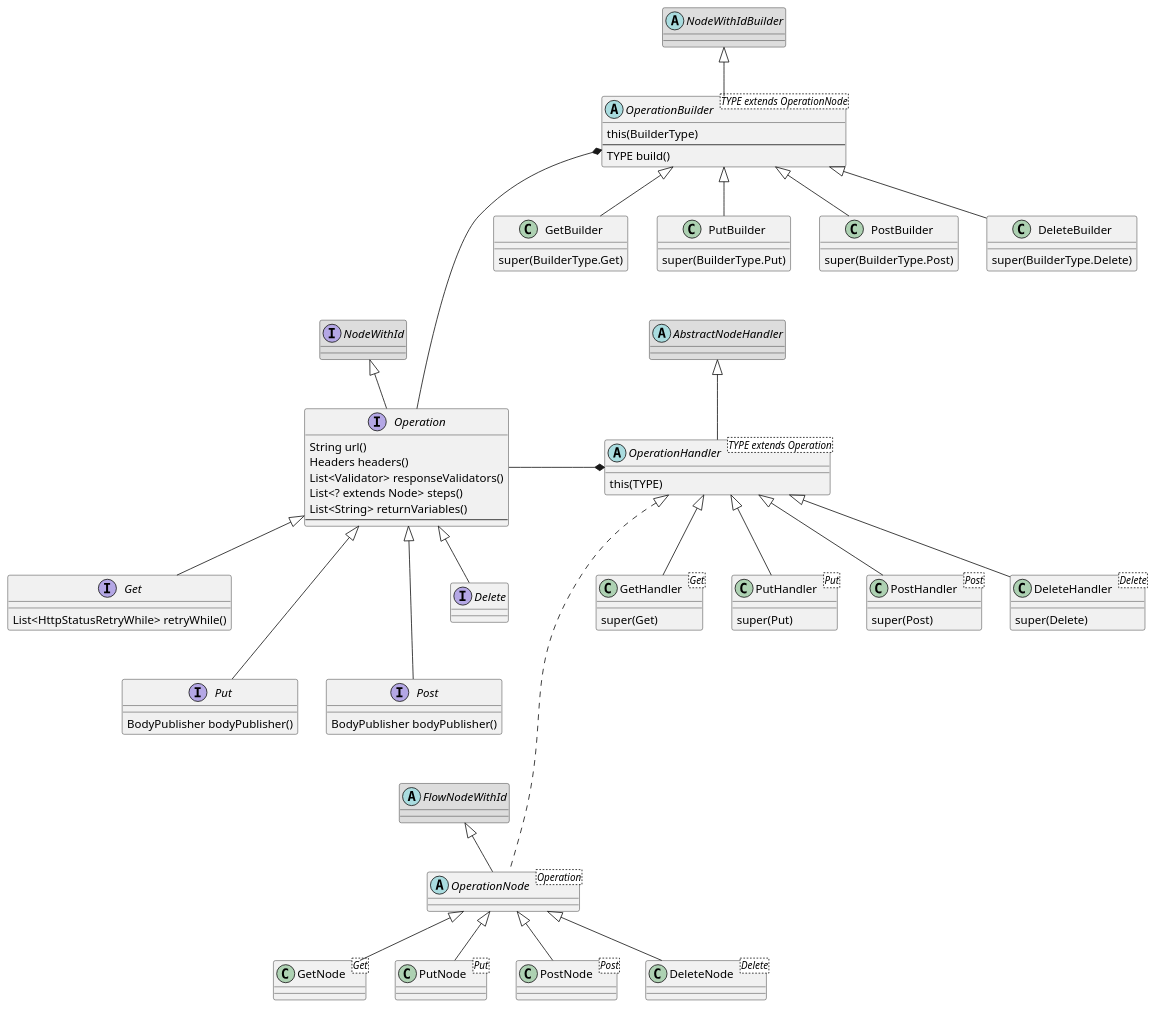
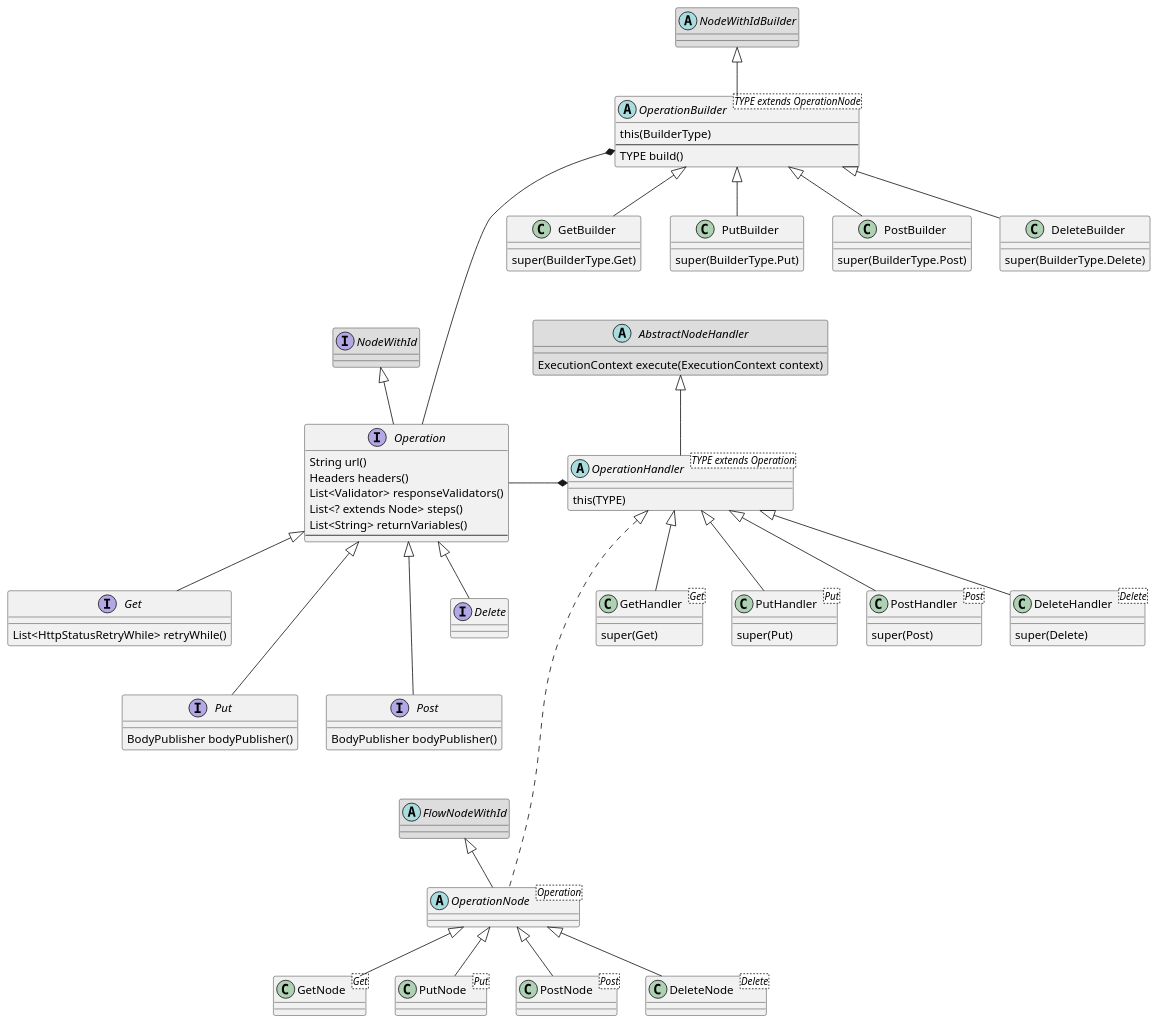
Before and after one commit to descoped/data-collector-documentation: the diagram in docs/puml/http-builder-class-diagram.puml, drawn with PlantUML. The commit also changed 2 other files, not shown here.

Commit message:
Updated DSL diagrams

```diff
--- a/docs/puml/http-builder-class-diagram.puml
+++ b/docs/puml/http-builder-class-diagram.puml
@@ -1,86 +1,88 @@
 @startuml
 
 interface NodeWithId #DDD
 interface Operation extends NodeWithId {
     String url()
     Headers headers()
     List<Validator> responseValidators()
     List<? extends Node> steps()
     List<String> returnVariables()
     --
 }
 interface Get {
     List<HttpStatusRetryWhile> retryWhile()
 }
 interface Put {
     BodyPublisher bodyPublisher()
 }
 interface Post {
     BodyPublisher bodyPublisher()
 }
 interface Delete {
 }
 
 Operation <|-- Get
 Operation <|--- Put
 Operation <|--- Post
 Operation <|-- Delete
 
 abstract class FlowNodeWithId #DDD
 abstract class OperationNode <Operation>
 class GetNode <Get> extends OperationNode
 class PutNode <Put> extends OperationNode
 class PostNode <Post> extends OperationNode
 class DeleteNode <Delete> extends OperationNode
 
 FlowNodeWithId <|-- OperationNode
 
 abstract class NodeWithIdBuilder #DDD
 abstract class OperationBuilder<TYPE extends OperationNode> {
     this(BuilderType)
     --
     TYPE build()
 }
 class GetBuilder {
     super(BuilderType.Get)
 }
 class PutBuilder {
     super(BuilderType.Put)
 }
 class PostBuilder {
     super(BuilderType.Post)
 }
 class DeleteBuilder {
     super(BuilderType.Delete)
 }
 
 NodeWithIdBuilder <|-- OperationBuilder
 OperationBuilder <|-- GetBuilder
 OperationBuilder <|-- PutBuilder
 OperationBuilder <|-- PostBuilder
 OperationBuilder <|-- DeleteBuilder
 
 
-abstract AbstractNodeHandler #DDD
+abstract AbstractNodeHandler #DDD {
+    ExecutionContext execute(ExecutionContext context)
+}
 abstract OperationHandler<TYPE extends Operation> extends AbstractNodeHandler {
     this(TYPE)
 }
 class GetHandler<Get> extends OperationHandler {
     super(Get)
 }
 class PutHandler<Put> extends OperationHandler {
     super(Put)
 }
 class PostHandler<Post> extends OperationHandler {
     super(Post)
 }
 class DeleteHandler<Delete> extends OperationHandler {
     super(Delete)
 }
 
 OperationBuilder *---- Operation
 
 OperationHandler *-left-- Operation
 OperationHandler <|..... OperationNode
 
 @enduml
```
